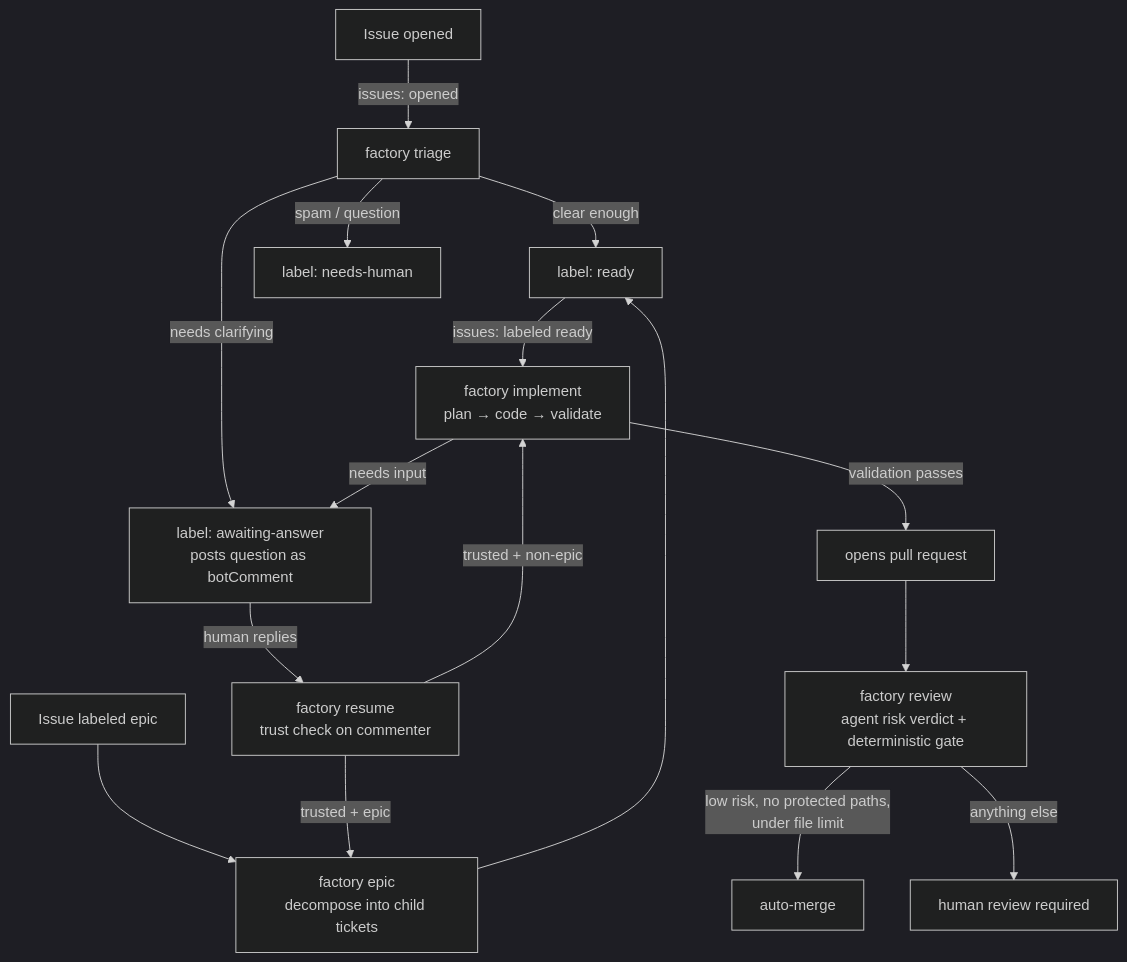
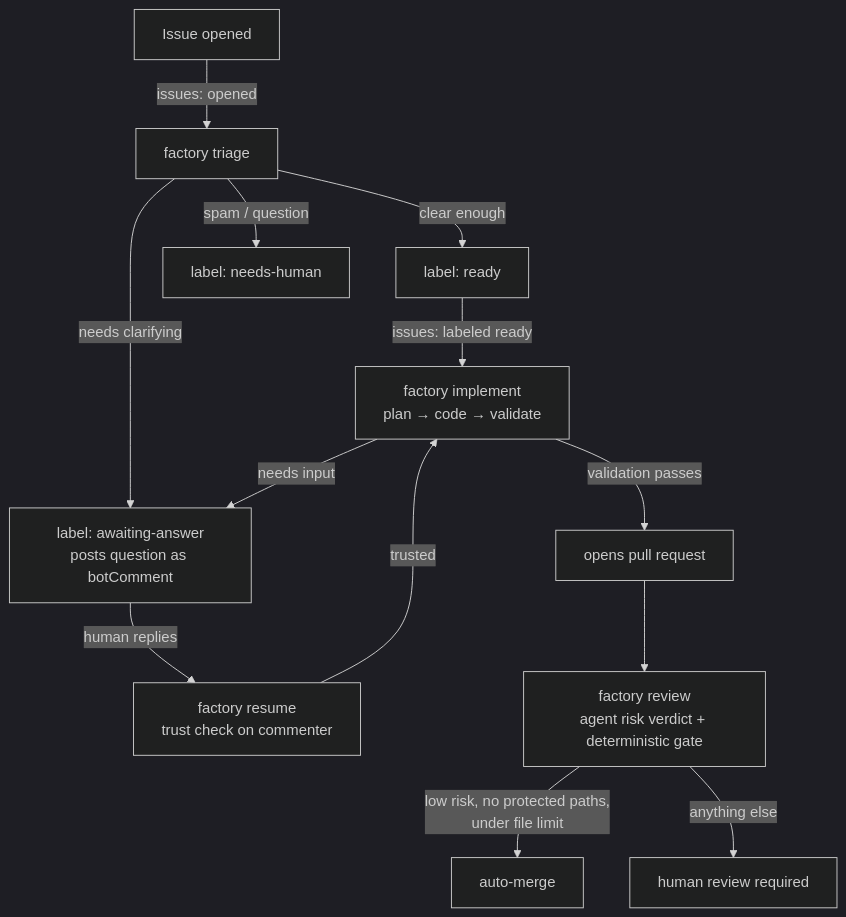
The diagram in README.md (rlweb/a-factory), drawn with Mermaid (dark theme) before and after one commit. The commit also changed other lines of this file and 24 other files, not shown here.

````diff
--- a/README.md
+++ b/README.md
@@ -12,18 +12,15 @@
 ```mermaid
 flowchart TD
     A[Issue opened] -->|issues: opened| T[factory triage]
     T -->|clear enough| R[label: ready]
     T -->|needs clarifying| Q
     T -->|spam / question| H[label: needs-human]
-    E[Issue labeled epic] --> EP[factory epic<br/>decompose into child tickets]
-    EP --> R
     R -->|issues: labeled ready| B[factory implement<br/>plan → code → validate]
     B -->|needs input| Q[label: awaiting-answer<br/>posts question as botComment]
     Q -->|human replies| RS[factory resume<br/>trust check on commenter]
-    RS -->|trusted + non-epic| B
-    RS -->|trusted + epic| EP
+    RS -->|trusted| B
     B -->|validation passes| PR[opens pull request]
     PR --> RV[factory review<br/>agent risk verdict + deterministic gate]
     RV -->|low risk, no protected paths,<br/>under file limit| M[auto-merge]
     RV -->|anything else| HR[human review required]
 ```
````
